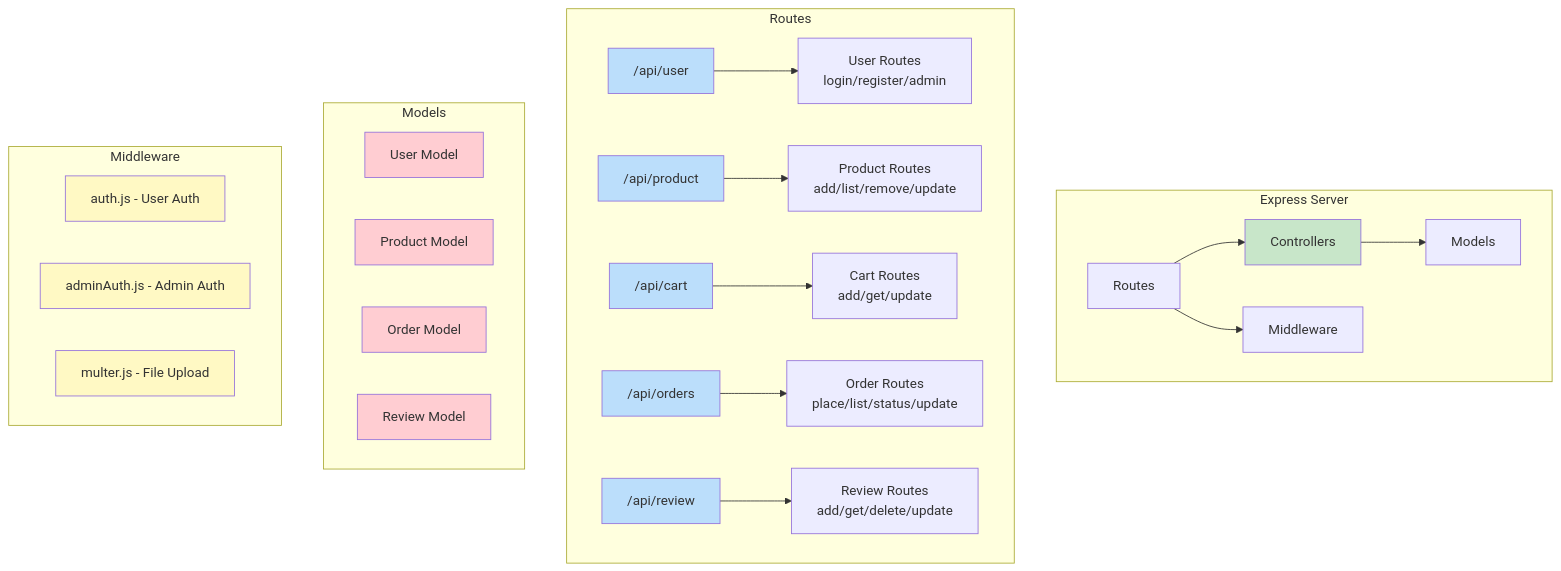
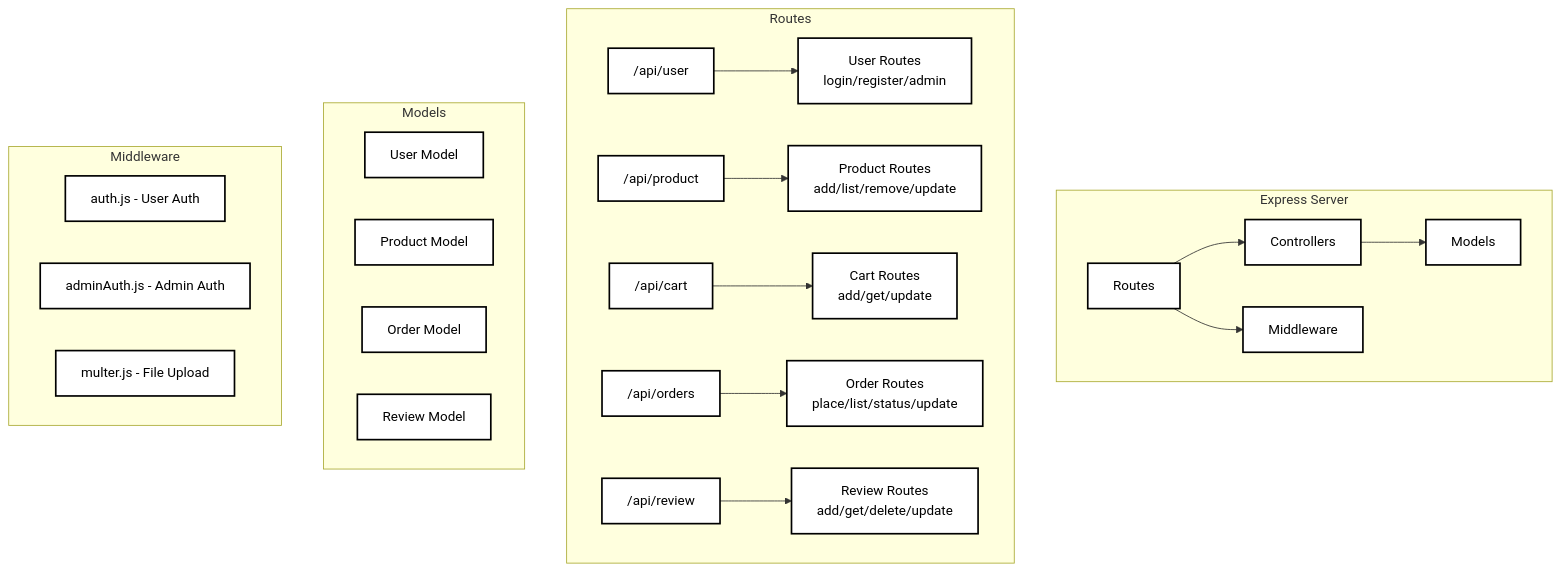
Before and after one commit to Grinti123/gerai-ayra-fullstack: the second of 10 diagrams in README.md, drawn with Mermaid. The commit also changed other lines of this file, not shown here.

````diff
--- a/README.md
+++ b/README.md
@@ -28,39 +22,33 @@
 ```mermaid
 graph TB
     subgraph "Express Server"
         H[Routes] --> I[Controllers]
         I --> J[Models]
         H --> K[Middleware]
     end
 
     subgraph "Routes"
         L["/api/user"] --> M["User Routes<br/>login/register/admin"]
         N["/api/product"] --> O["Product Routes<br/>add/list/remove/update"]
         P["/api/cart"] --> Q["Cart Routes<br/>add/get/update"]
         R["/api/orders"] --> S["Order Routes<br/>place/list/status/update"]
         T["/api/review"] --> U["Review Routes<br/>add/get/delete/update"]
     end
 
     subgraph "Models"
         V[User Model]
         W[Product Model]
         X[Order Model]
         Y[Review Model]
     end
 
     subgraph "Middleware"
         Z[auth.js - User Auth]
         AA[adminAuth.js - Admin Auth]
         BB[multer.js - File Upload]
     end
 
-    classDef route fill:#bbdefb
-    classDef controller fill:#c8e6c9
-    classDef model fill:#ffcdd2
-    classDef middleware fill:#fff9c4
+    classDef default fill:#ffffff,stroke:#000000,stroke-width:2px,color:#000000
 
-    class L,N,P,R,T route
-    class I controller
-    class V,W,X,Y model
-    class Z,AA,BB middleware
+    class H,I,J,K,L,M,N,O,P,Q,R,S,T,U,V,W,X,Y,Z,AA,BB default
 ```
````
